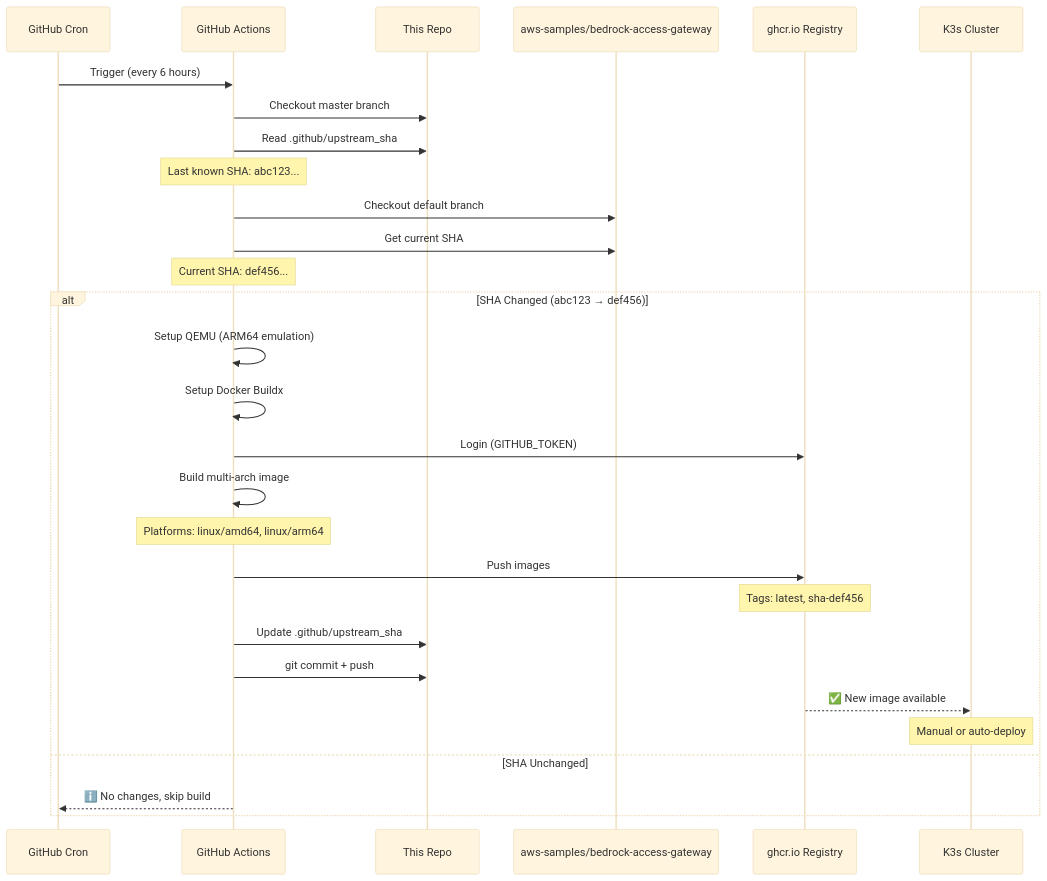
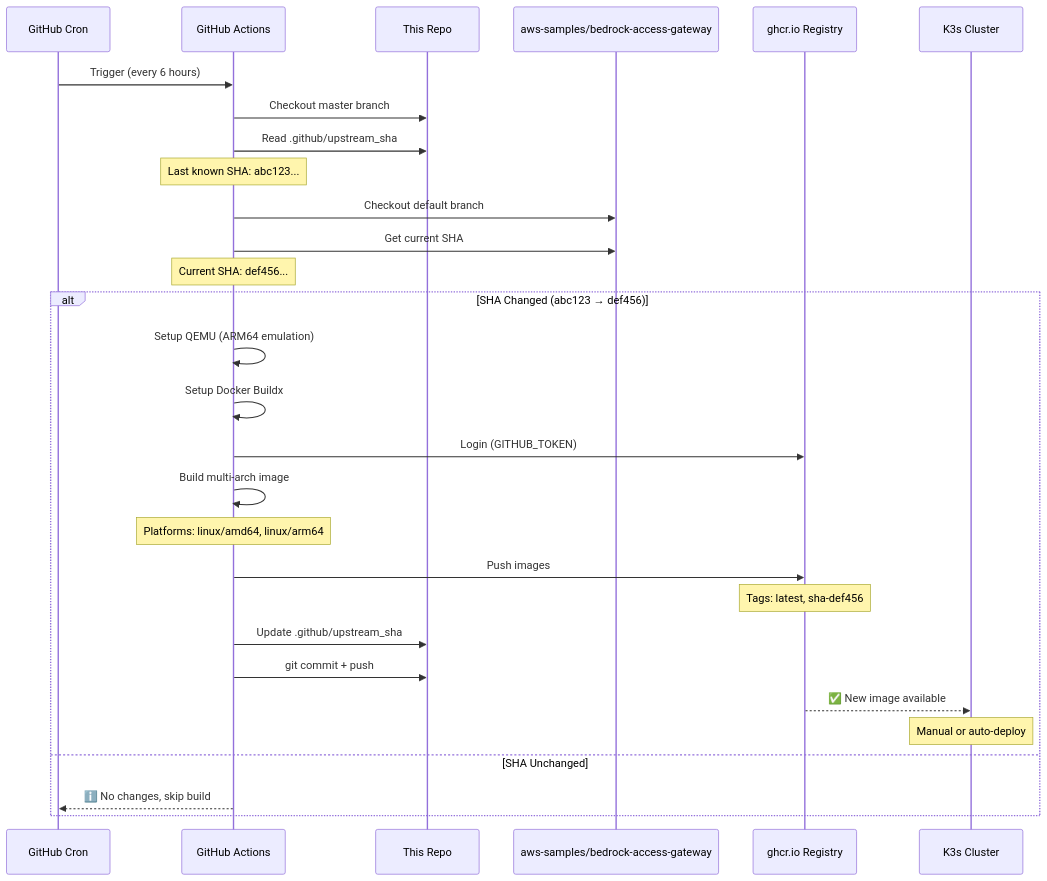
One commit to seadogger-tech/seadogger-homelab changed the third of 4 diagrams in docs/wiki/15-CI-CD-and-GitHub-Actions.md. Above: the diagram before and after it, drawn with Mermaid. The commit also changed other lines of this file and 1 other file, not shown here.

First line of the commit message:
Revert theme initialization changes - remove Mermaid theme directives

````diff
--- a/docs/wiki/15-CI-CD-and-GitHub-Actions.md
+++ b/docs/wiki/15-CI-CD-and-GitHub-Actions.md
@@ -137,39 +135,38 @@
 ```mermaid
-%%{init: {'theme':'base'}}%%
 sequenceDiagram
     participant Cron as GitHub Cron
     participant GH as GitHub Actions
     participant This as This Repo
     participant Upstream as aws-samples/bedrock-access-gateway
     participant GHCR as ghcr.io Registry
     participant K8s as K3s Cluster
 
     Cron->>GH: Trigger (every 6 hours)
     GH->>This: Checkout master branch
     GH->>This: Read .github/upstream_sha
     Note over GH: Last known SHA: abc123...
 
     GH->>Upstream: Checkout default branch
     GH->>Upstream: Get current SHA
     Note over GH: Current SHA: def456...
 
     alt SHA Changed (abc123 → def456)
         GH->>GH: Setup QEMU (ARM64 emulation)
         GH->>GH: Setup Docker Buildx
         GH->>GHCR: Login (GITHUB_TOKEN)
 
         GH->>GH: Build multi-arch image
         Note over GH: Platforms: linux/amd64, linux/arm64
 
         GH->>GHCR: Push images
         Note over GHCR: Tags: latest, sha-def456
 
         GH->>This: Update .github/upstream_sha
         GH->>This: git commit + push
 
         GHCR-->>K8s: ✅ New image available
         Note over K8s: Manual or auto-deploy
     else SHA Unchanged
         GH-->>Cron: ℹ️ No changes, skip build
     end
 ```
````
